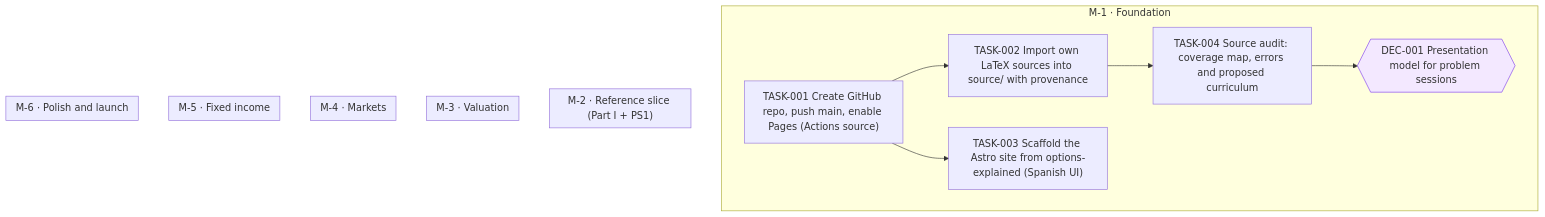
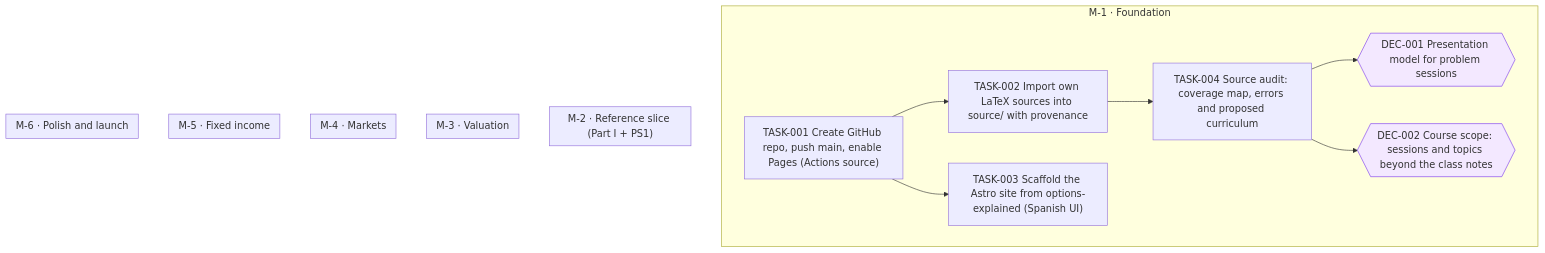
One commit to jesusvillota/economia-financiera changed the diagram in goals/course-site/README.md. Above: the diagram before and after it, drawn with Mermaid. The commit also changed 1 other file, not shown here.

Commit message:
goal(course-site): add DEC-002 Course scope: sessions and topics beyond the class notes

````diff
--- a/goals/course-site/README.md
+++ b/goals/course-site/README.md
@@ -19,28 +19,31 @@
 ```mermaid
 flowchart TD
   subgraph M_1["M-1 · Foundation"]
     DEC_001{{"DEC-001 Presentation model for problem sessions"}}
+    DEC_002{{"DEC-002 Course scope: sessions and topics beyond the class notes"}}
     TASK_001["TASK-001 Create GitHub repo, push main, enable Pages (Actions source)"]
     TASK_002["TASK-002 Import own LaTeX sources into source/ with provenance"]
     TASK_003["TASK-003 Scaffold the Astro site from options-explained (Spanish UI)"]
     TASK_004["TASK-004 Source audit: coverage map, errors and proposed curriculum"]
   end
   subgraph M_2["M-2 · Reference slice (Part I + PS1)"]
   end
   subgraph M_3["M-3 · Valuation"]
   end
   subgraph M_4["M-4 · Markets"]
   end
   subgraph M_5["M-5 · Fixed income"]
   end
   subgraph M_6["M-6 · Polish and launch"]
   end
   TASK_004 --> DEC_001
+  TASK_004 --> DEC_002
   TASK_001 --> TASK_002
   TASK_001 --> TASK_003
   TASK_002 --> TASK_004
   classDef draft stroke-dasharray: 4 3
   classDef cancelled opacity:0.45
   classDef decision fill:#f3e8ff,stroke:#7c3aed
   class DEC_001 decision
+  class DEC_002 decision
 ```
````
